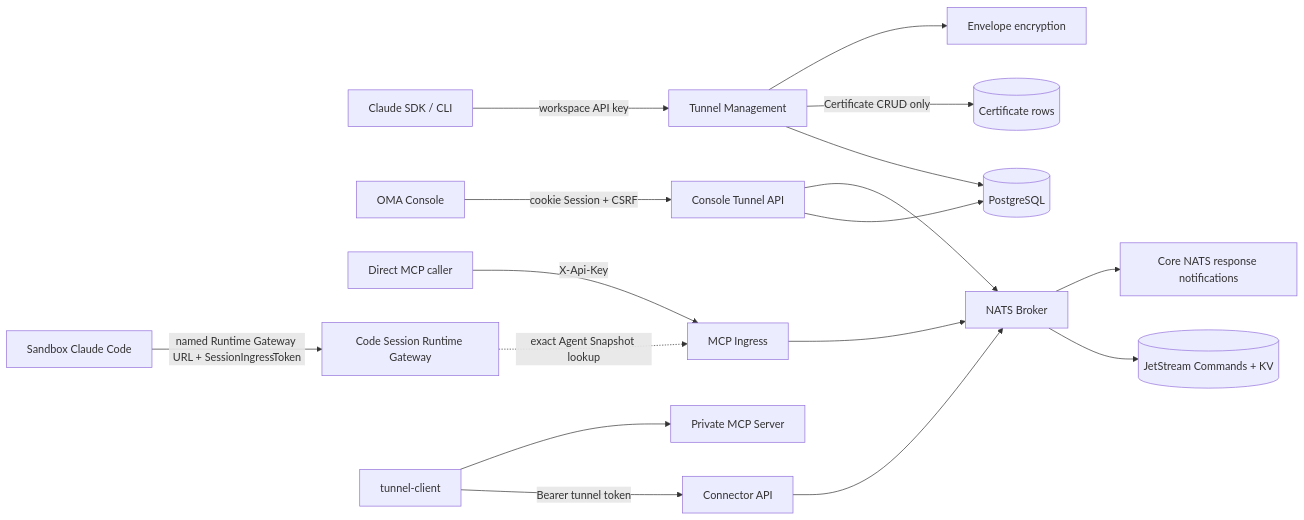
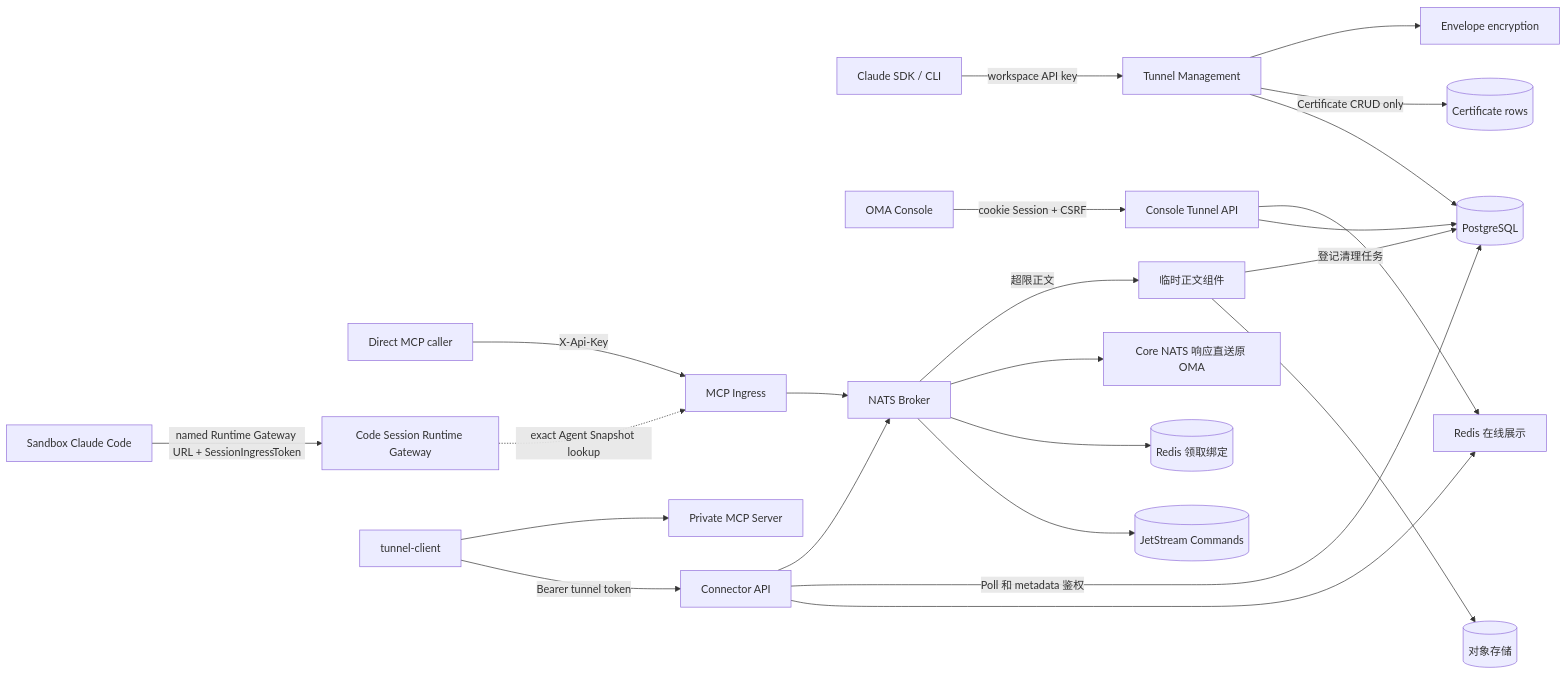
One commit to superduck-ai/open-managed-agents changed the first of 5 diagrams in docs/design/be/mcp-tunnels.md. Above: the diagram before and after it, drawn with Mermaid. The commit also changed other lines of this file and 77 other files, not shown here.

First line of the commit message:
[modify] simplify MCP tunnel delivery and use Redis claim bindings (#392)

````diff
--- a/docs/design/be/mcp-tunnels.md
+++ b/docs/design/be/mcp-tunnels.md
@@ -44,19 +44,25 @@
 ```mermaid
 flowchart LR
     SDK[Claude SDK / CLI] -->|workspace API key| Management[Tunnel Management]
     Web[OMA Console] -->|cookie Session + CSRF| ConsoleAPI[Console Tunnel API]
     Caller[Direct MCP caller] -->|X-Api-Key| Ingress[MCP Ingress]
     Agent[Sandbox Claude Code] -->|named Runtime Gateway URL + SessionIngressToken| RuntimeGateway[Code Session Runtime Gateway]
     RuntimeGateway -. exact Agent Snapshot lookup .-> Ingress
     Management --> DB[(PostgreSQL)]
     Management -->|Certificate CRUD only| CertificateStore[(Certificate rows)]
     ConsoleAPI --> DB
-    ConsoleAPI --> Broker
+    ConsoleAPI --> Presence[Redis 在线展示]
+    ConnectorAPI --> Presence
+    ConnectorAPI -->|Poll 和 metadata 鉴权| DB
     Management --> Secrets[Envelope encryption]
     Ingress --> Broker[NATS Broker]
     Connector[tunnel-client] -->|Bearer tunnel token| ConnectorAPI[Connector API]
     ConnectorAPI --> Broker
-    Broker --> JetStream[(JetStream Commands + KV)]
-    Broker --> Core[Core NATS response notifications]
+    Broker --> JetStream[(JetStream Commands)]
+    Broker --> Bindings[(Redis 领取绑定)]
+    Broker --> Core[Core NATS 响应直送原 OMA]
+    Broker -->|超限正文| PayloadStore[临时正文组件]
+    PayloadStore --> Objects[(对象存储)]
+    PayloadStore -->|登记清理任务| DB
     Connector --> PrivateMCP[Private MCP Server]
 ```
````
